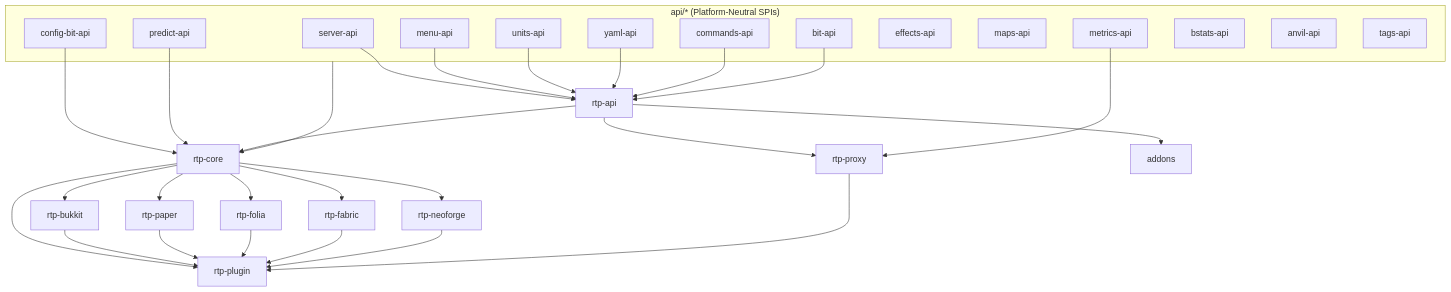
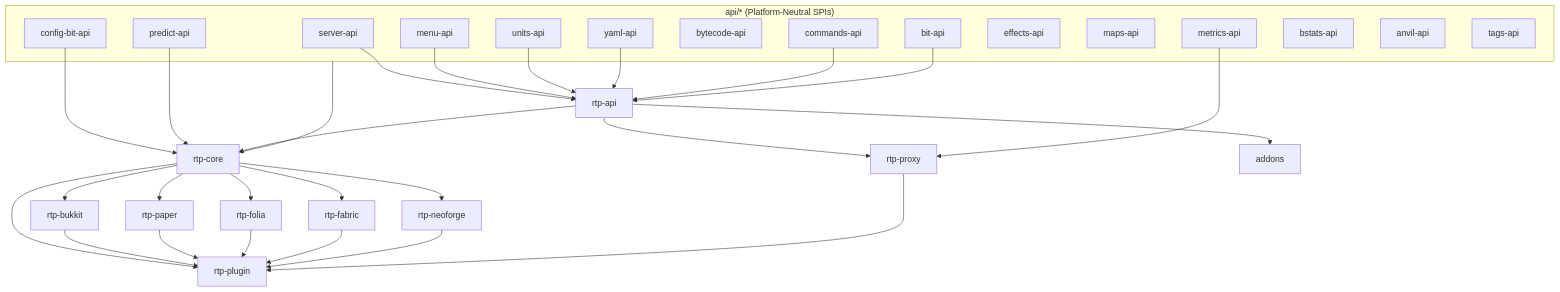
The diagram in docs/dev/ARCHITECTURE.md (DailyStruggle/RTP), drawn with Mermaid before and after one commit. The commit also changed other lines of this file and 199 other files, not shown here.

````diff
--- a/docs/dev/ARCHITECTURE.md
+++ b/docs/dev/ARCHITECTURE.md
@@ -62,49 +63,50 @@
 ```mermaid
 graph TD
     subgraph SPI ["api/* (Platform-Neutral SPIs)"]
         server-api
         units-api
         yaml-api
         commands-api
         bit-api
         config-bit-api
+        bytecode-api
         menu-api
         predict-api
         effects-api
         maps-api
         metrics-api
         bstats-api
         anvil-api
         tags-api
     end
 
     server-api --> rtp-api
     menu-api --> rtp-api
     units-api --> rtp-api
     yaml-api --> rtp-api
     commands-api --> rtp-api
     bit-api --> rtp-api
     config-bit-api --> rtp-core
     predict-api --> rtp-core
 
     rtp-api --> rtp-core
     SPI --> rtp-core
 
     rtp-core --> rtp-bukkit
     rtp-core --> rtp-paper
     rtp-core --> rtp-folia
     rtp-core --> rtp-fabric
     rtp-core --> rtp-neoforge
     rtp-api --> rtp-proxy
     metrics-api --> rtp-proxy
 
     rtp-core --> rtp-plugin
     rtp-bukkit --> rtp-plugin
     rtp-paper --> rtp-plugin
     rtp-folia --> rtp-plugin
     rtp-fabric --> rtp-plugin
     rtp-neoforge --> rtp-plugin
     rtp-proxy --> rtp-plugin
 
     rtp-api --> addons
 ```
````
